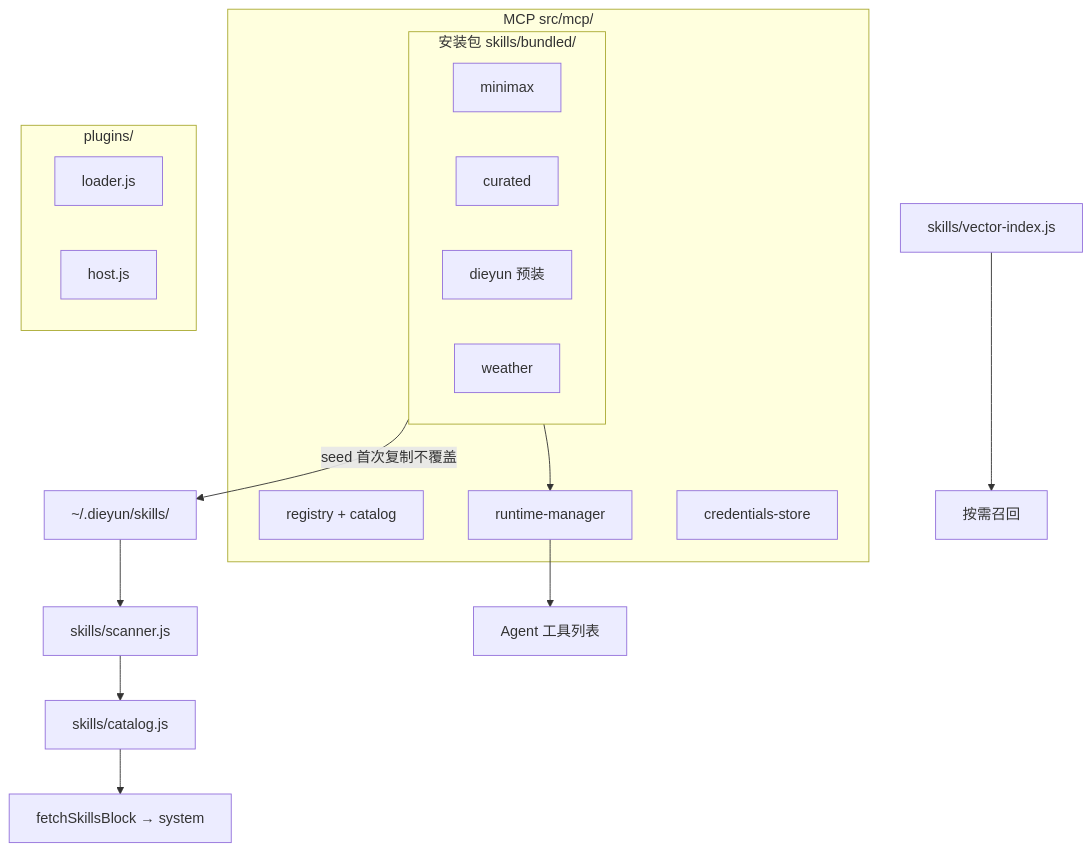
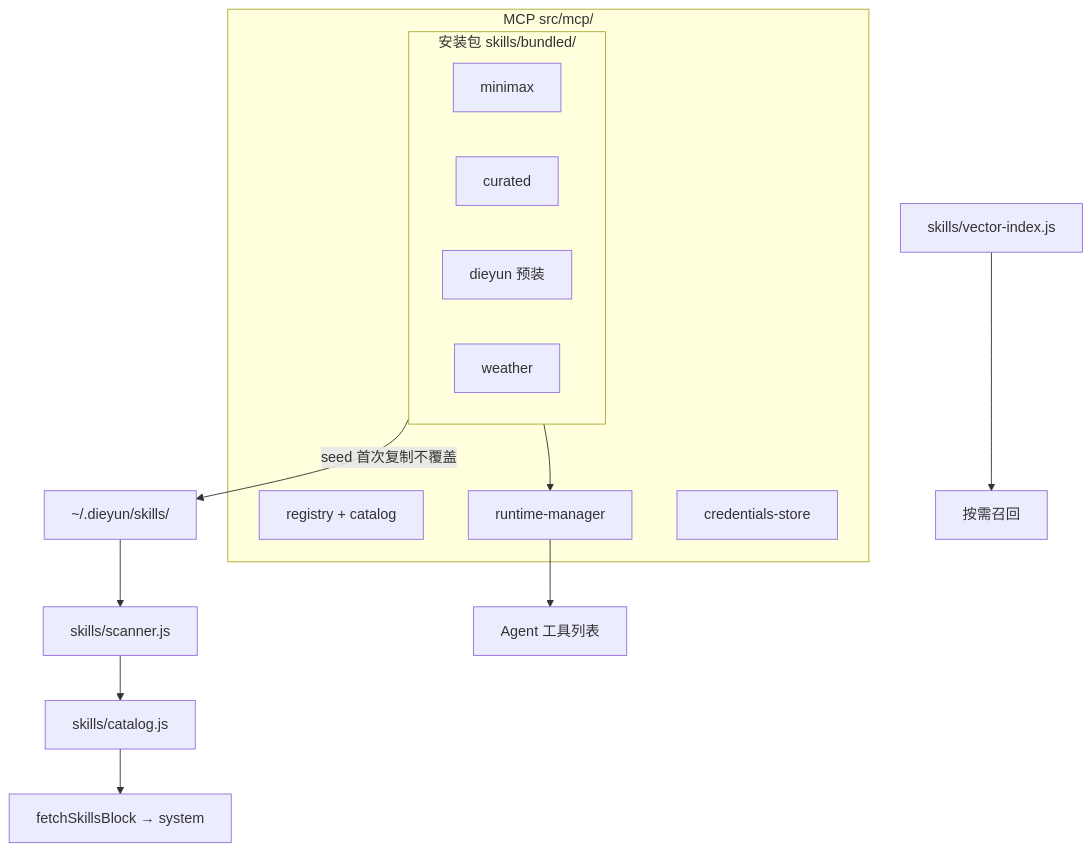
The tenth of 15 diagrams in docs/ARCHITECTURE.md (zuochamo/dieyunagent), drawn with Mermaid before and after one commit. The commit also changed other lines of this file and 29 other files, not shown here.

````diff
--- a/docs/ARCHITECTURE.md
+++ b/docs/ARCHITECTURE.md
@@ -475,30 +499,25 @@
 ```mermaid
 flowchart TB
   subgraph Bundled["安装包 skills/bundled/"]
     MiniMax[minimax]
     Curated[curated]
     Dieyun[dieyun 预装]
     Weather[weather]
   end
 
   Bundled -->|seed 首次复制不覆盖| Home["~/.dieyun/skills/"]
   Home --> Scan[skills/scanner.js]
   Scan --> Catalog[skills/catalog.js]
   Catalog --> Prompt[fetchSkillsBlock → system]
   VectorIdx[skills/vector-index.js] --> Recall[按需召回]
 
   subgraph MCPmod["MCP src/mcp/"]
     Registry[registry + catalog]
     Bundled[servers/dieyun-open-api 随包]
     Runtime[runtime-manager]
     Creds[credentials-store]
   end
 
   Bundled --> Runtime
   Runtime --> Tools[Agent 工具列表]
-
-  subgraph Plugins["plugins/"]
-    Loader[loader.js]
-    Host[host.js]
-  end
 ```
````
